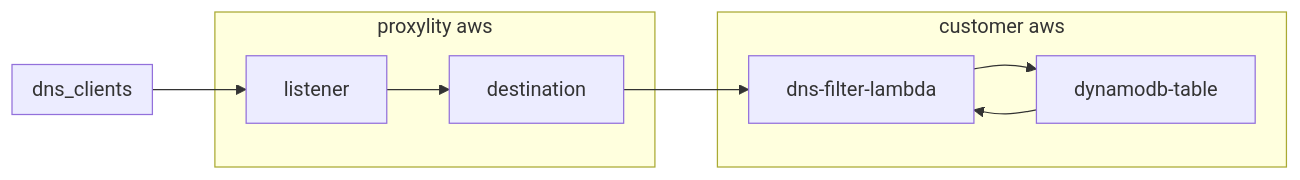
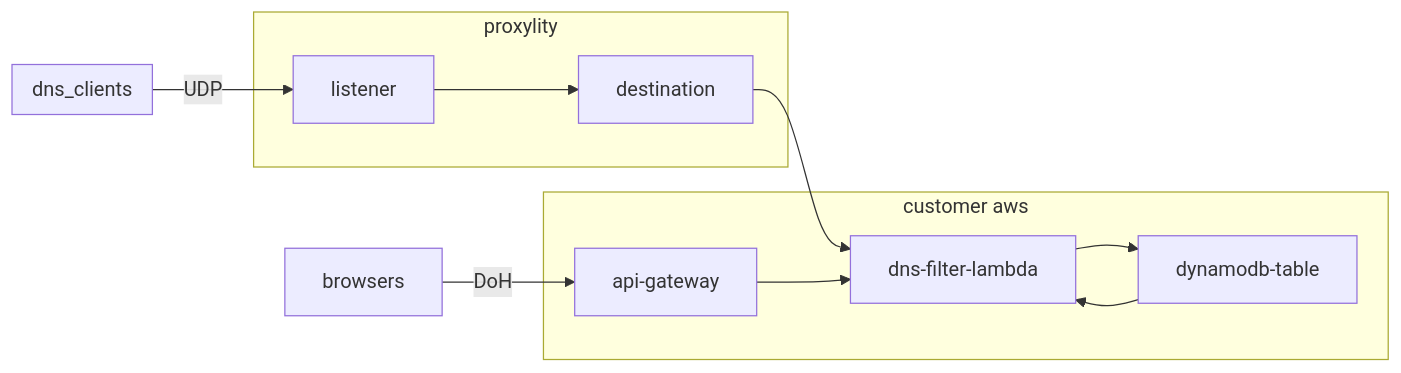
One commit to proxylity/examples changed the diagram in dns-filter/readme.md. Above: the diagram before and after it, drawn with Mermaid. The commit also changed other lines of this file, not shown here.

````diff
--- a/dns-filter/readme.md
+++ b/dns-filter/readme.md
@@ -20,21 +28,23 @@
 ```mermaid
 graph LR
 
 subgraph dns_clients
 
 end
 
-subgraph proxylity aws
+subgraph proxylity
 listener
 destination
 end
 
 subgraph customer aws
+api-gateway
 dns-filter-lambda
 dynamodb-table
 end
 
-dns_clients-->listener-->destination-->dns-filter-lambda
+dns_clients--UDP-->listener-->destination-->dns-filter-lambda
+browsers--DoH-->api-gateway-->dns-filter-lambda
 dns-filter-lambda-->dynamodb-table
 dynamodb-table-->dns-filter-lambda
 ```
````
